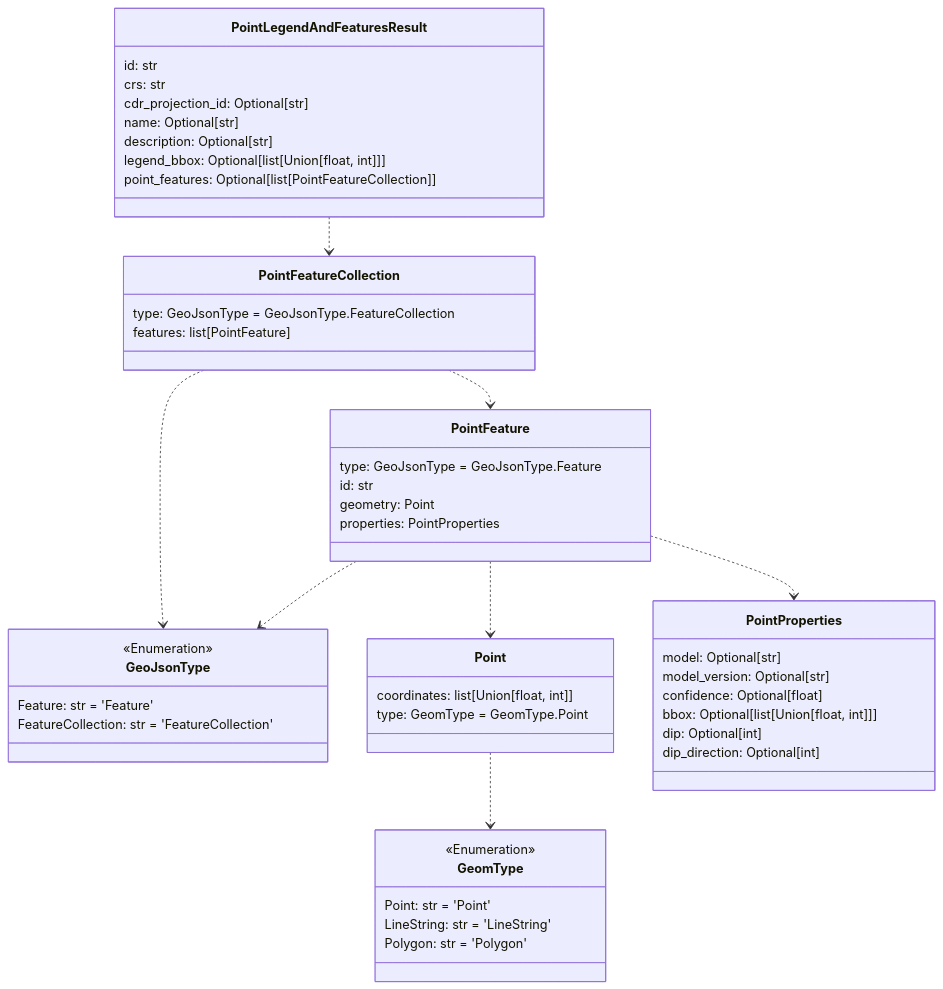
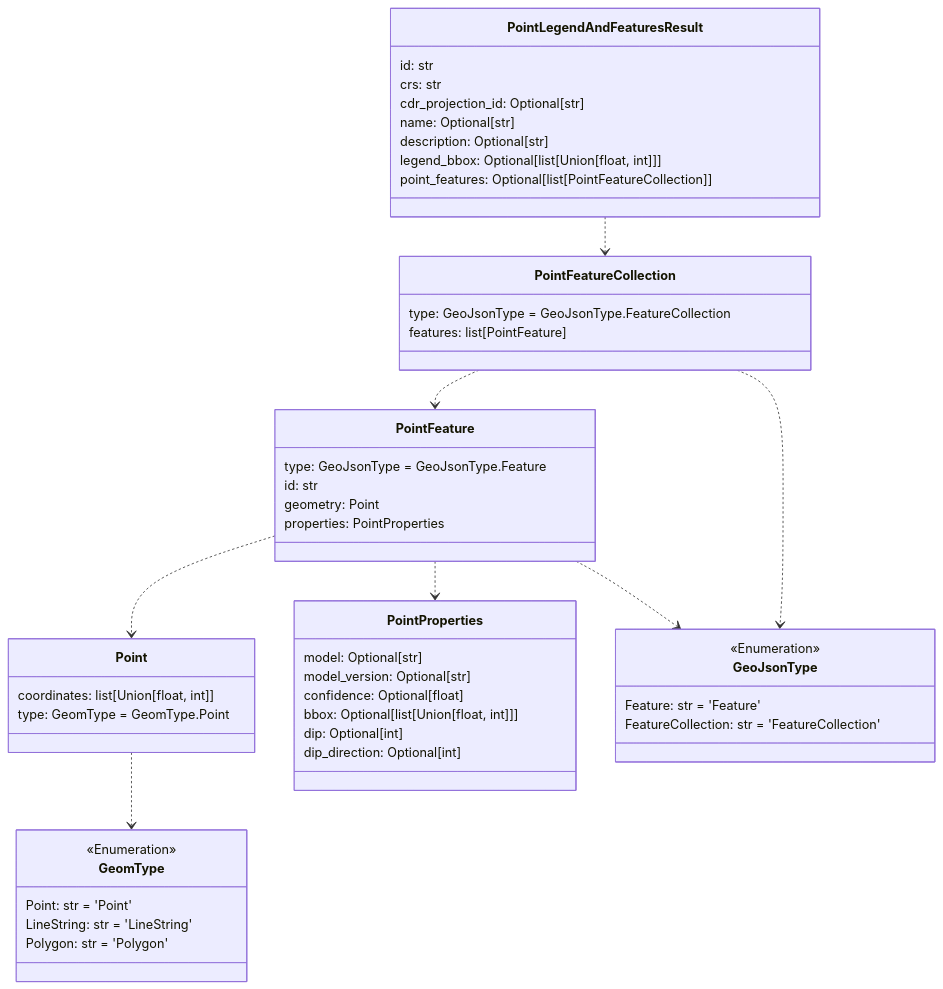
The fourth of 9 diagrams in README.md (UW-xDD/cdr_schemas), drawn with Mermaid before and after one commit. The commit also changed other lines of this file and 2 other files, not shown here.

````diff
--- a/README.md
+++ b/README.md
@@ -278,62 +278,62 @@
 ```mermaid
 classDiagram
-
-    class GeoJsonType {
-        <<Enumeration>>
-        Feature: str = 'Feature'
-        FeatureCollection: str = 'FeatureCollection'
-    }
 
     class Point {
         coordinates: list[Union[float, int]]
         type: GeomType = GeomType.Point
     }
 
     class PointFeatureCollection {
         type: GeoJsonType = GeoJsonType.FeatureCollection
         features: list[PointFeature]
     }
 
-    class PointFeature {
-        type: GeoJsonType = GeoJsonType.Feature
+    class PointLegendAndFeaturesResult {
         id: str
-        geometry: Point
-        properties: PointProperties
+        crs: str
+        cdr_projection_id: Optional[str]
+        name: Optional[str]
+        description: Optional[str]
+        legend_bbox: Optional[list[Union[float, int]]]
+        point_features: Optional[list[PointFeatureCollection]]
     }
 
     class PointProperties {
         model: Optional[str]
         model_version: Optional[str]
         confidence: Optional[float]
         bbox: Optional[list[Union[float, int]]]
         dip: Optional[int]
         dip_direction: Optional[int]
     }
 
     class GeomType {
         <<Enumeration>>
         Point: str = 'Point'
         LineString: str = 'LineString'
         Polygon: str = 'Polygon'
     }
 
-    class PointLegendAndFeaturesResult {
+    class PointFeature {
+        type: GeoJsonType = GeoJsonType.Feature
         id: str
-        crs: str
-        cdr_projection_id: Optional[str]
-        name: Optional[str]
-        description: Optional[str]
-        legend_bbox: Optional[list[Union[float, int]]]
-        point_features: Optional[list[PointFeatureCollection]]
+        geometry: Point
+        properties: PointProperties
+    }
+
+    class GeoJsonType {
+        <<Enumeration>>
+        Feature: str = 'Feature'
+        FeatureCollection: str = 'FeatureCollection'
     }
 
     Point ..> GeomType
     PointFeature ..> PointProperties
+    PointFeature ..> Point
     PointFeature ..> GeoJsonType
-    PointFeature ..> Point
     PointFeatureCollection ..> PointFeature
     PointFeatureCollection ..> GeoJsonType
     PointLegendAndFeaturesResult ..> PointFeatureCollection
 
 
 ```
````
